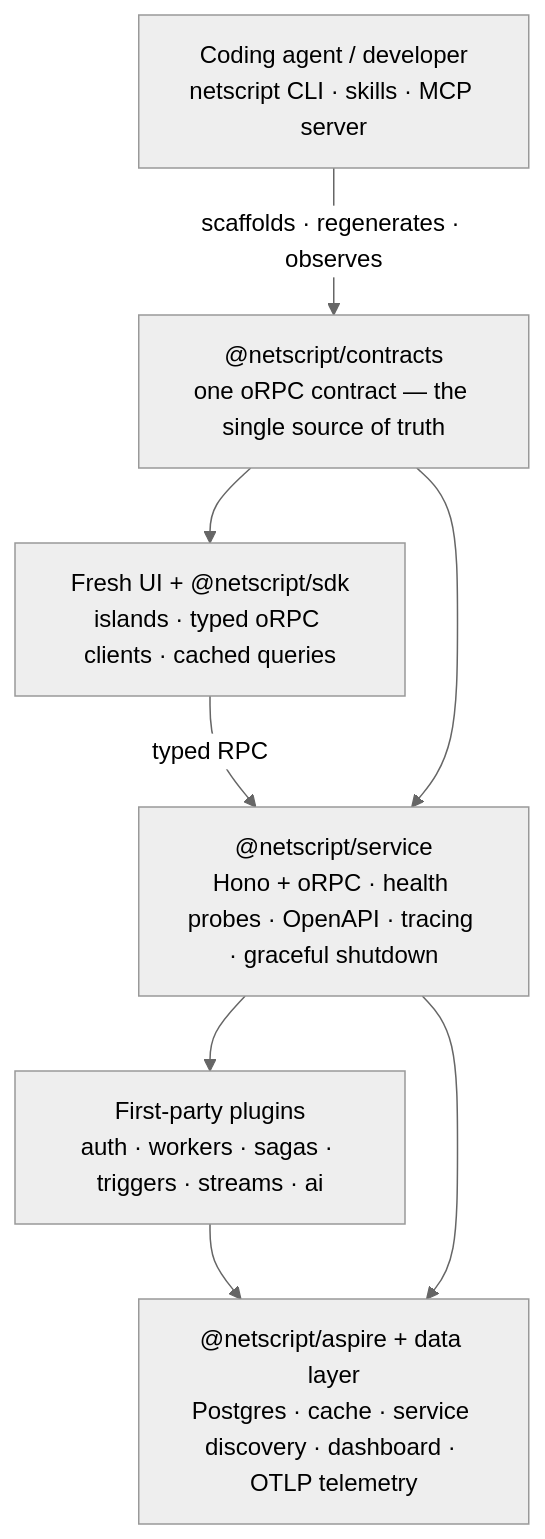
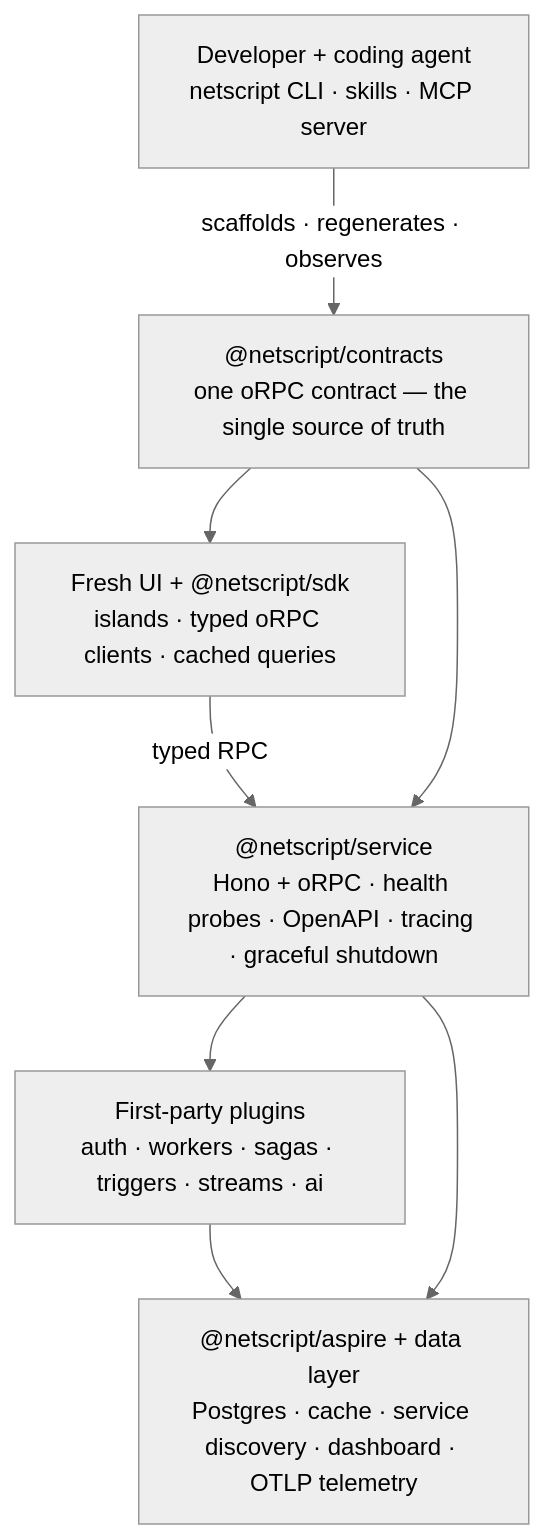
Before and after one commit to rickylabs/netscript: the diagram in README.md, drawn with Mermaid (neutral theme). The commit also changed other lines of this file and 2 other files, not shown here.

````diff
--- a/README.md
+++ b/README.md
@@ -92,17 +92,17 @@
 ```mermaid
 flowchart TD
-  AGENT["Coding agent / developer<br/>netscript CLI · skills · MCP server"]
+  AGENT["Developer + coding agent<br/>netscript CLI · skills · MCP server"]
   UI["Fresh UI + @netscript/sdk<br/>islands · typed oRPC clients · cached queries"]
   CONTRACT["@netscript/contracts<br/>one oRPC contract — the single source of truth"]
   SVC["@netscript/service<br/>Hono + oRPC · health probes · OpenAPI · tracing · graceful shutdown"]
   PLUGINS["First-party plugins<br/>auth · workers · sagas · triggers · streams · ai"]
   PLATFORM["@netscript/aspire + data layer<br/>Postgres · cache · service discovery · dashboard · OTLP telemetry"]
 
   AGENT -->|"scaffolds · regenerates · observes"| CONTRACT
   UI -->|"typed RPC"| SVC
   CONTRACT --> SVC
   CONTRACT --> UI
   SVC --> PLUGINS
   PLUGINS --> PLATFORM
   SVC --> PLATFORM
 ```
````
